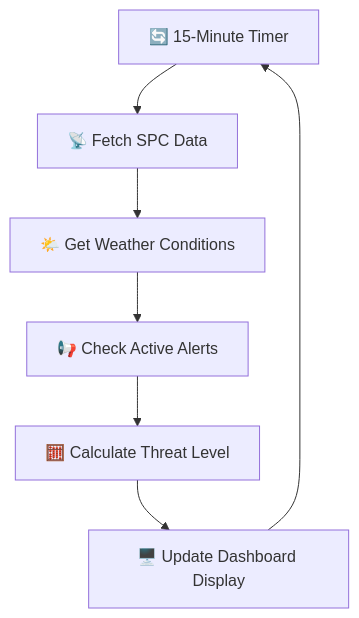
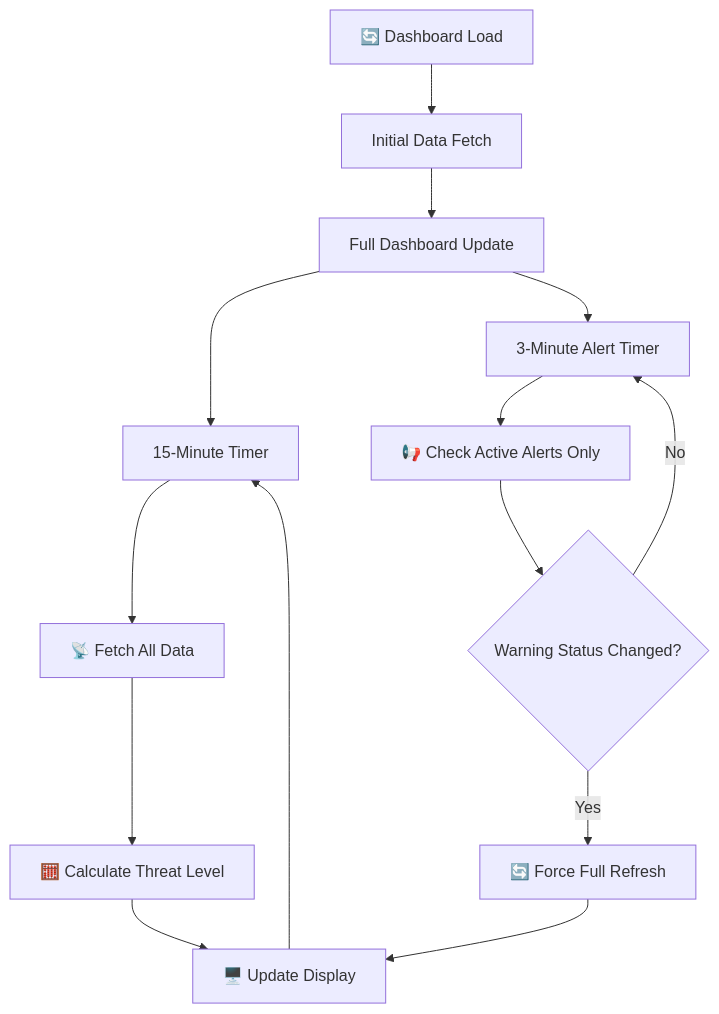
One commit to StewAlexander-com/MebaneWeather changed the diagram in README.md. Above: the diagram before and after it, drawn with Mermaid. The commit also changed other lines of this file and 1 other file, not shown here.

````diff
--- a/README.md
+++ b/README.md
@@ -94,9 +116,16 @@
 ```mermaid
 graph TD
-    A[🔄 15-Minute Timer] --> B[📡 Fetch SPC Data]
-    B --> C[🌤️ Get Weather Conditions]
-    C --> D[📢 Check Active Alerts]
-    D --> E[🧮 Calculate Threat Level]
-    E --> F[🖥️ Update Dashboard Display]
-    F --> A
+    A[🔄 Dashboard Load] --> B[Initial Data Fetch]
+    B --> C[Full Dashboard Update]
+    C --> D[15-Minute Timer]
+    D --> E[📡 Fetch All Data]
+    E --> F[🧮 Calculate Threat Level]
+    F --> G[🖥️ Update Display]
+    G --> D
+    C --> H[3-Minute Alert Timer]
+    H --> I[📢 Check Active Alerts Only]
+    I --> J{Warning Status Changed?}
+    J -->|Yes| K[🔄 Force Full Refresh]
+    J -->|No| H
+    K --> G
 ```
````
